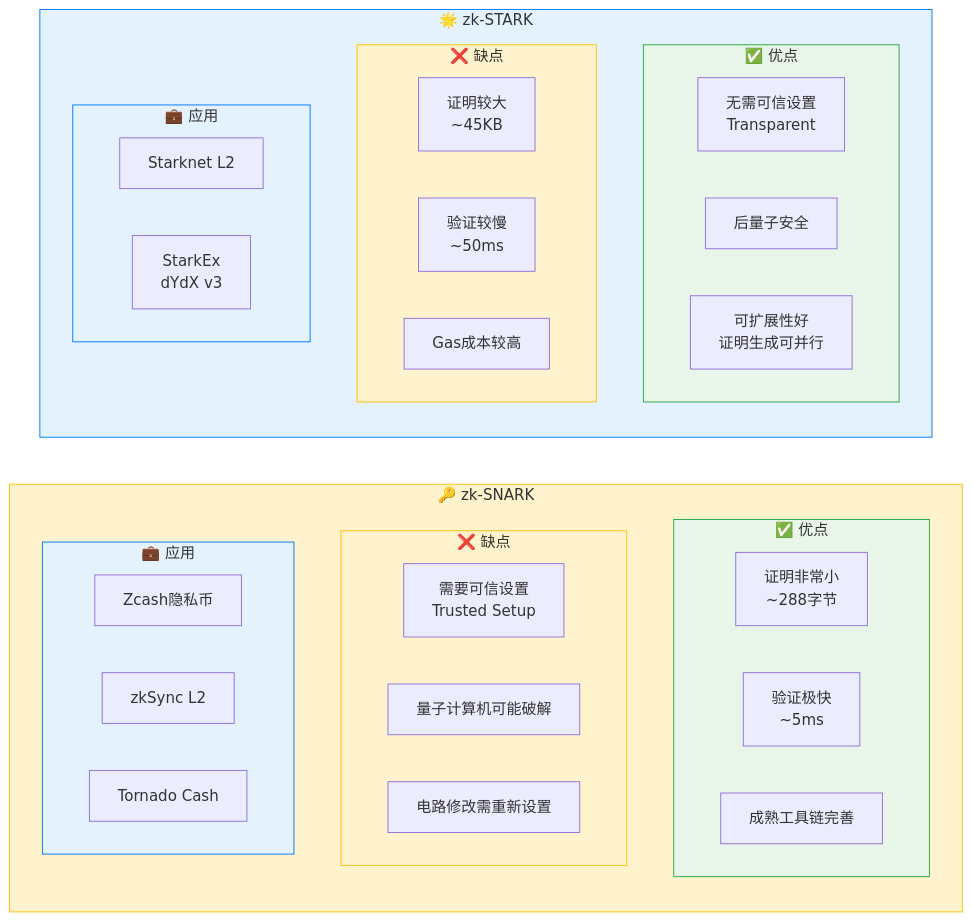
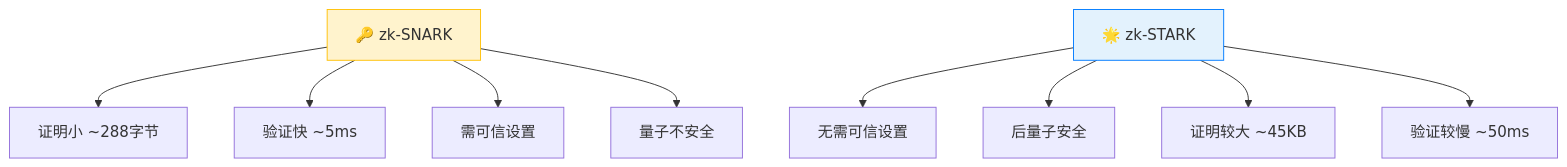
The third of 9 diagrams in docs/《精通以太坊》/第17章-零知识证明.md (web3-wallet-org/web3-wallet-notes), drawn with Mermaid before and after one commit. The commit also changed other lines of this file and 5 other files, not shown here.

````diff
--- a/docs/《精通以太坊》/第17章-零知识证明.md
+++ b/docs/《精通以太坊》/第17章-零知识证明.md
@@ -100,54 +88,27 @@
 ```mermaid
-graph LR
-    subgraph SNARK["🔑 zk-SNARK"]
-        direction TB
-        
-        subgraph SNARKPros["✅ 优点"]
-            SP1["证明非常小<br/>~288字节"]
-            SP2["验证极快<br/>~5ms"]
-            SP3["成熟工具链完善"]
-        end
-        
-        subgraph SNARKCons["❌ 缺点"]
-            SC1["需要可信设置<br/>Trusted Setup"]
-            SC2["量子计算机可能破解"]
-            SC3["电路修改需重新设置"]
-        end
-        
-        subgraph SNARKApps["💼 应用"]
-            SA1["Zcash隐私币"]
-            SA2["zkSync L2"]
-            SA3["Tornado Cash"]
-        end
-    end
+graph TB
+    SNARK["🔑 zk-SNARK"]
+    SN1["证明小 ~288字节"]
+    SN2["验证快 ~5ms"]
+    SN3["需可信设置"]
+    SN4["量子不安全"]
     
-    subgraph STARK["🌟 zk-STARK"]
-        direction TB
-        
-        subgraph STARKPros["✅ 优点"]
-            TP1["无需可信设置<br/>Transparent"]
-            TP2["后量子安全"]
-            TP3["可扩展性好<br/>证明生成可并行"]
-        end
-        
-        subgraph STARKCons["❌ 缺点"]
-            TC1["证明较大<br/>~45KB"]
-            TC2["验证较慢<br/>~50ms"]
-            TC3["Gas成本较高"]
-        end
-        
-        subgraph STARKApps["💼 应用"]
-            TA1["Starknet L2"]
-            TA2["StarkEx<br/>dYdX v3"]
-        end
-    end
+    STARK["🌟 zk-STARK"]
+    ST1["无需可信设置"]
+    ST2["后量子安全"]
+    ST3["证明较大 ~45KB"]
+    ST4["验证较慢 ~50ms"]
+    
+    SNARK --> SN1
+    SNARK --> SN2
+    SNARK --> SN3
+    SNARK --> SN4
+    
+    STARK --> ST1
+    STARK --> ST2
+    STARK --> ST3
+    STARK --> ST4
     
     style SNARK fill:#fff3cd,stroke:#ffc107,color:#333
-    style SNARKPros fill:#e8f5e9,stroke:#28a745,color:#333
-    style SNARKCons fill:#fff3cd,stroke:#ffc107,color:#333
-    style SNARKApps fill:#e3f2fd,stroke:#007bff,color:#333
     style STARK fill:#e3f2fd,stroke:#007bff,color:#333
-    style STARKPros fill:#e8f5e9,stroke:#28a745,color:#333
-    style STARKCons fill:#fff3cd,stroke:#ffc107,color:#333
-    style STARKApps fill:#e3f2fd,stroke:#007bff,color:#333
 ```
````
